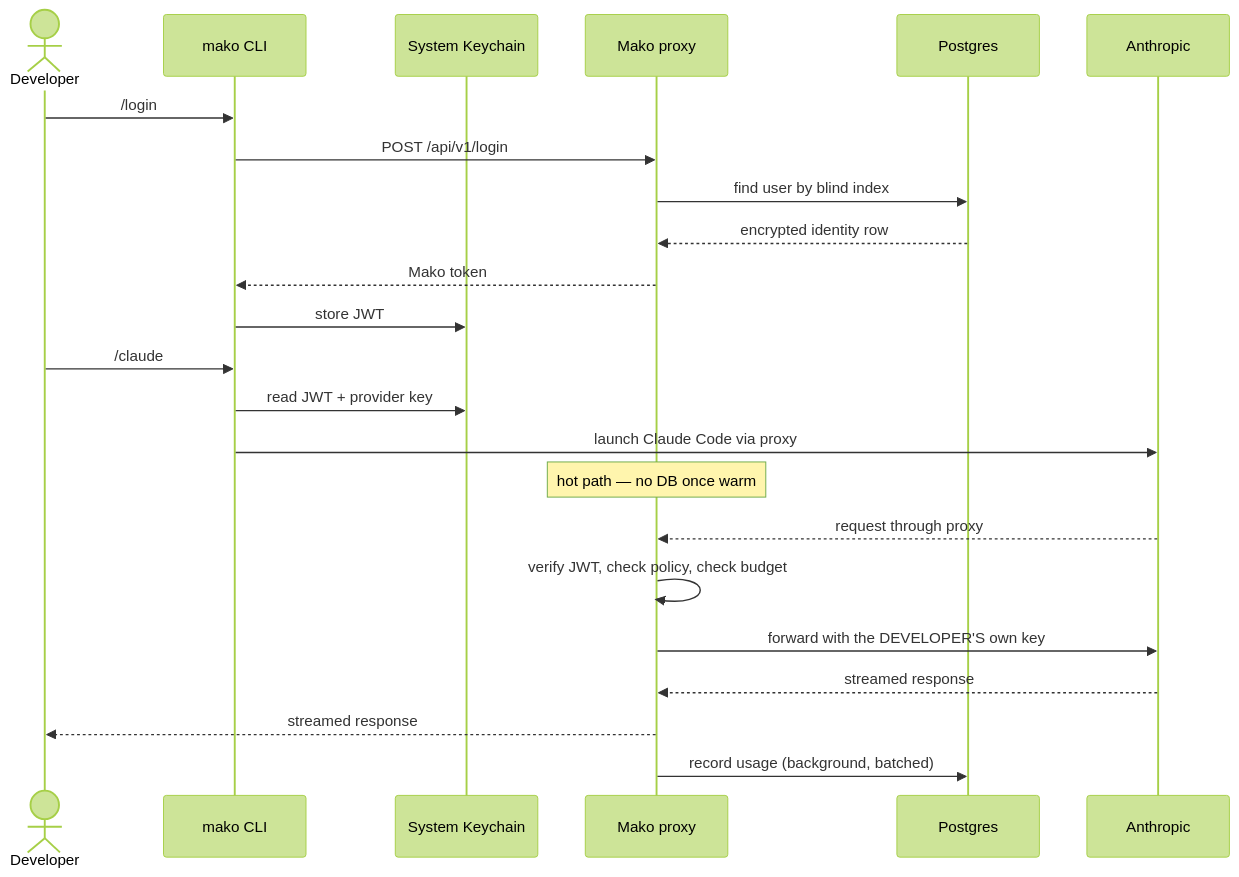
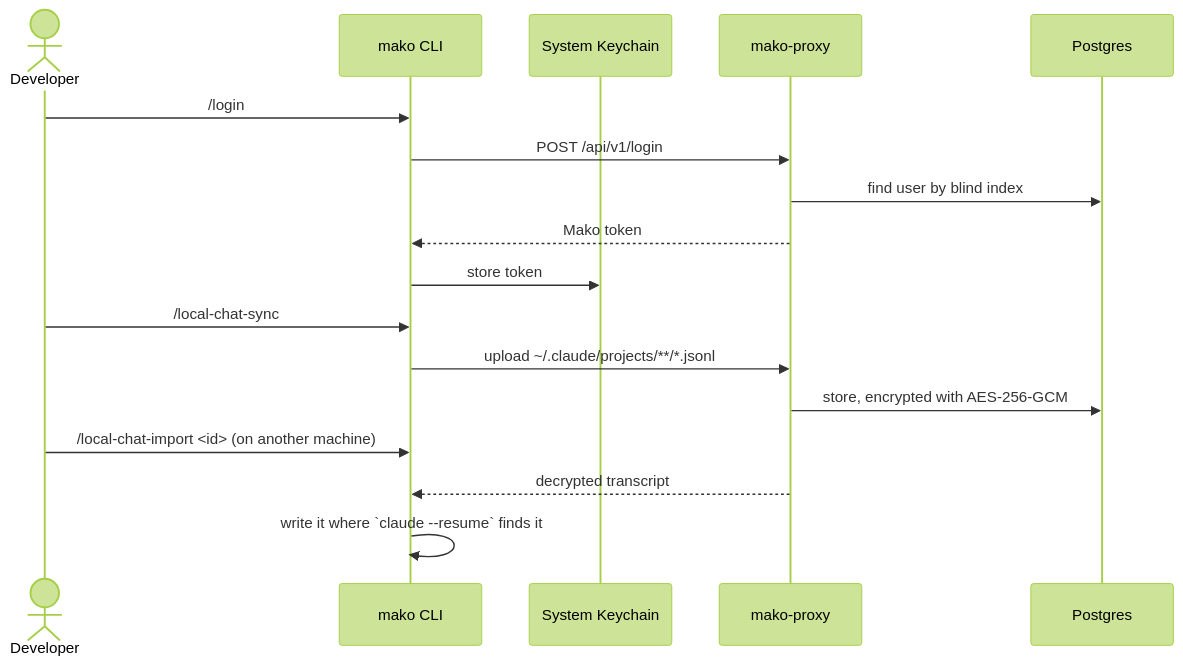
The diagram in README.md (thenameisvicky/mako), drawn with Mermaid (forest theme) before and after one commit. The commit also changed other lines of this file and 51 other files, not shown here.

Commit message:
[REF] - Removed Policy , Usage

````diff
--- a/README.md
+++ b/README.md
@@ -27,28 +22,22 @@
 ```mermaid
 sequenceDiagram
     actor Dev as Developer
     participant Mako as mako CLI
     participant KC as System Keychain
-    participant GW as Mako proxy
+    participant PX as mako-proxy
     participant DB as Postgres
-    participant AN as Anthropic
 
     Dev->>Mako: /login
-    Mako->>GW: POST /api/v1/login
-    GW->>DB: find user by blind index
-    DB-->>GW: encrypted identity row
-    GW-->>Mako: Mako token
-    Mako->>KC: store JWT
+    Mako->>PX: POST /api/v1/login
+    PX->>DB: find user by blind index
+    PX-->>Mako: Mako token
+    Mako->>KC: store token
 
-    Dev->>Mako: /claude
-    Mako->>KC: read JWT + provider key
-    Mako->>AN: launch Claude Code via proxy
+    Dev->>Mako: /local-chat-sync
+    Mako->>PX: upload ~/.claude/projects/**/*.jsonl
+    PX->>DB: store, encrypted with AES-256-GCM
 
-    Note over GW: hot path — no DB once warm
-    AN-->>GW: request through proxy
-    GW->>GW: verify JWT, check policy, check budget
-    GW->>AN: forward with the DEVELOPER'S own key
-    AN-->>GW: streamed response
-    GW-->>Dev: streamed response
-    GW->>DB: record usage (background, batched)
+    Dev->>Mako: /local-chat-import <id> (on another machine)
+    PX-->>Mako: decrypted transcript
+    Mako->>Mako: write it where `claude --resume` finds it
 ```
````
